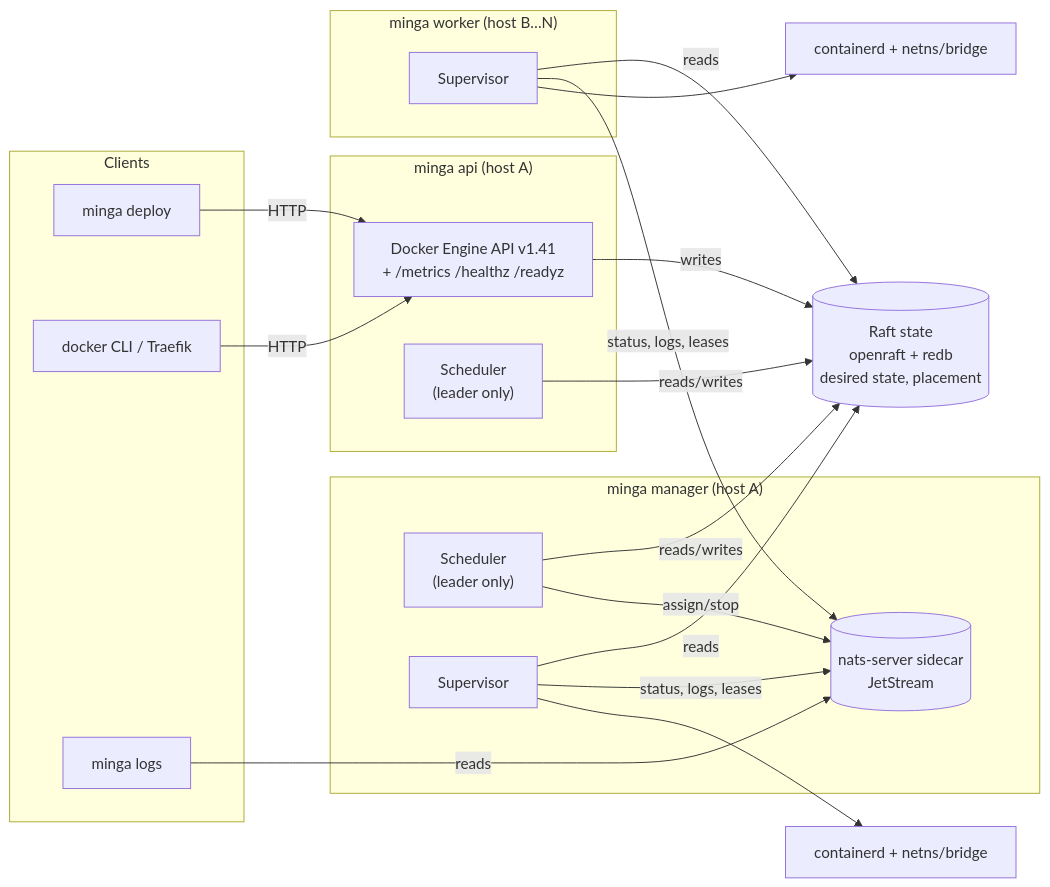
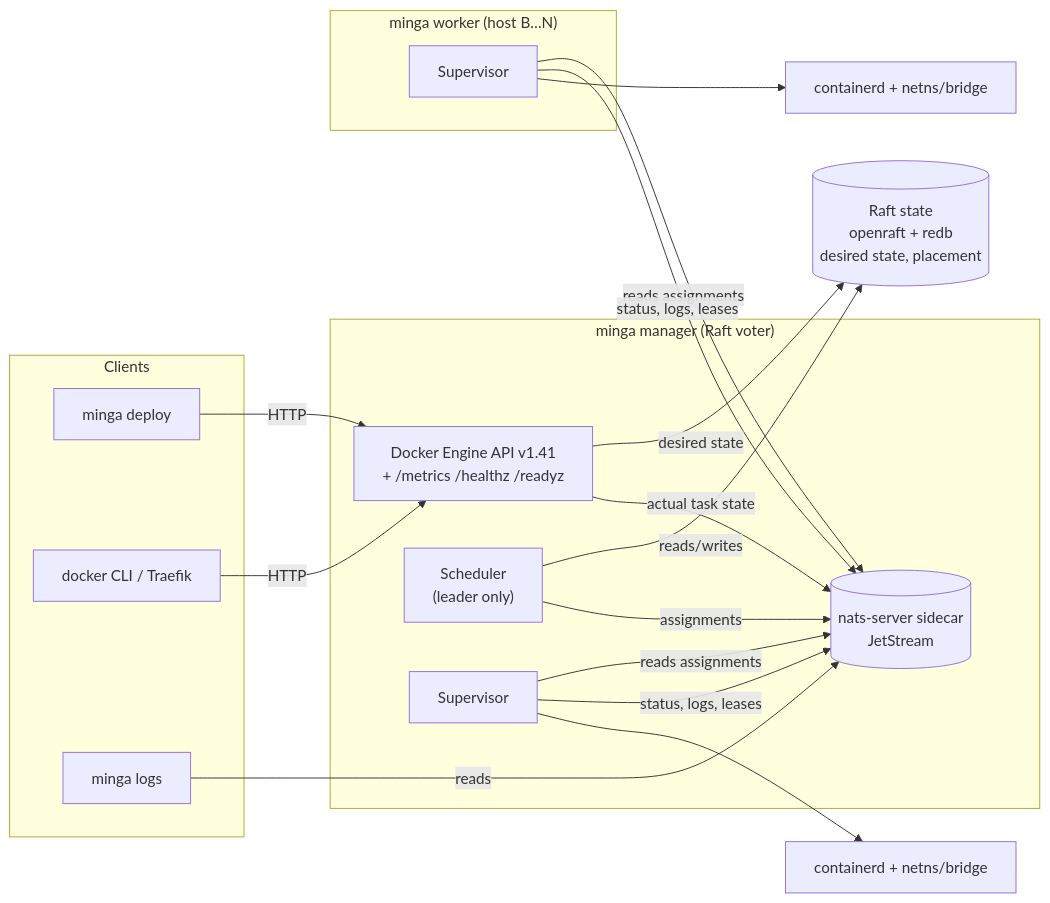
Before and after one commit to lithqube/minga: the first of 4 diagrams in README.md, drawn with Mermaid. The commit also changed other lines of this file and 6 other files, not shown here.

Commit message:
Phase 12-06: fold API into manager

````diff
--- a/README.md
+++ b/README.md
@@ -63,39 +63,35 @@
 ```mermaid
 flowchart LR
   subgraph clients[Clients]
     deploy["minga deploy"]
     docker["docker CLI / Traefik"]
     logs["minga logs"]
   end
 
-  subgraph mgr["minga manager (host A)"]
+  subgraph mgr["minga manager (Raft voter)"]
+    api["Docker Engine API v1.41<br/>+ /metrics /healthz /readyz"]
     sched["Scheduler<br/>(leader only)"]
     supA["Supervisor"]
     nats[("nats-server sidecar<br/>JetStream")]
-  end
-
-  subgraph apiproc["minga api (host A)"]
-    api["Docker Engine API v1.41<br/>+ /metrics /healthz /readyz"]
-    sched2["Scheduler<br/>(leader only)"]
   end
 
   subgraph wrk["minga worker (host B…N)"]
     supB["Supervisor"]
   end
 
   raft[("Raft state<br/>openraft + redb<br/>desired state, placement")]
 
   deploy -- HTTP --> api
   docker -- HTTP --> api
-  api -- writes --> raft
+  api -- desired state --> raft
   sched -- reads/writes --> raft
-  sched2 -- reads/writes --> raft
-  sched -- assign/stop --> nats
-  supA -- reads --> raft
-  supB -- reads --> raft
+  sched -- assignments --> nats
+  supA -- reads assignments --> nats
+  supB -- reads assignments --> nats
   supA -- status, logs, leases --> nats
   supB -- status, logs, leases --> nats
+  api -- actual task state --> nats
   logs -- reads --> nats
   supA --> ctrA["containerd + netns/bridge"]
   supB --> ctrB["containerd + netns/bridge"]
 ```
````
